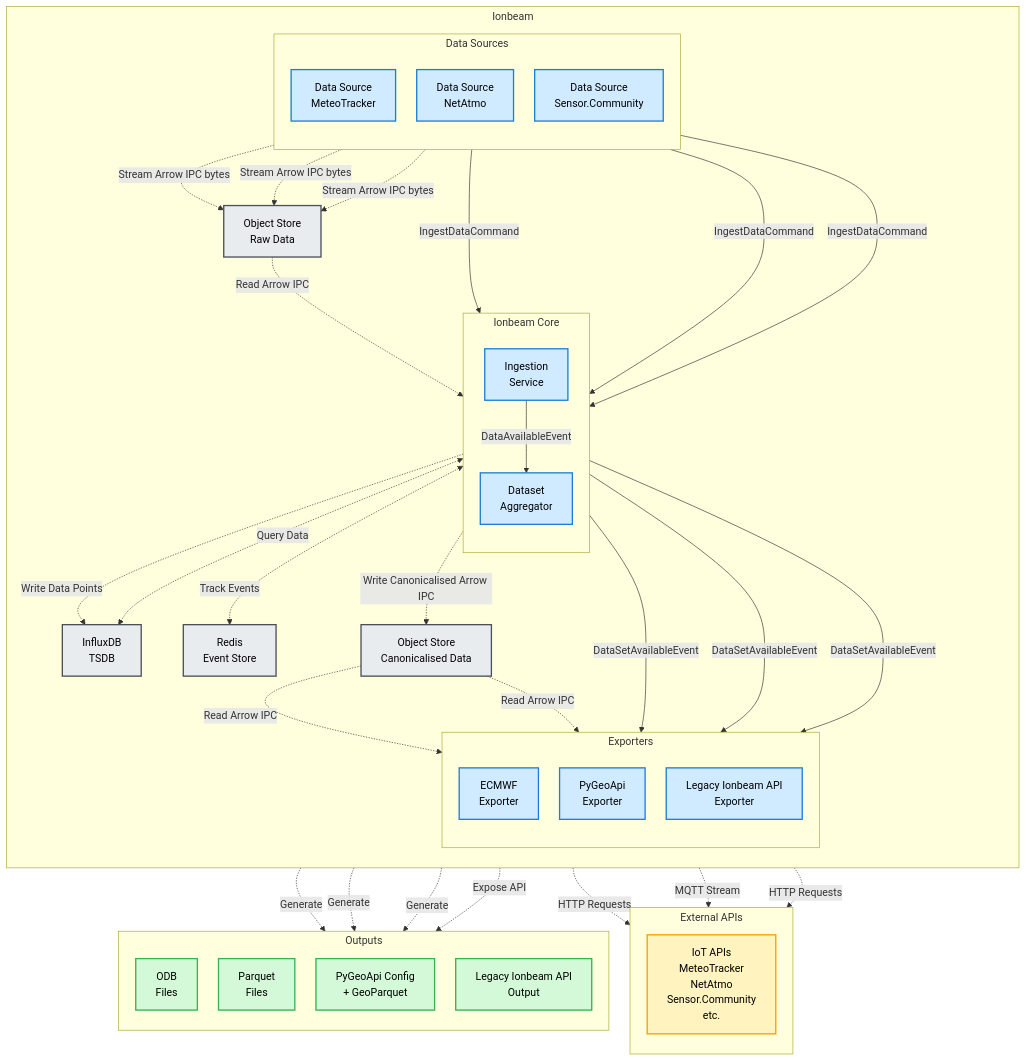
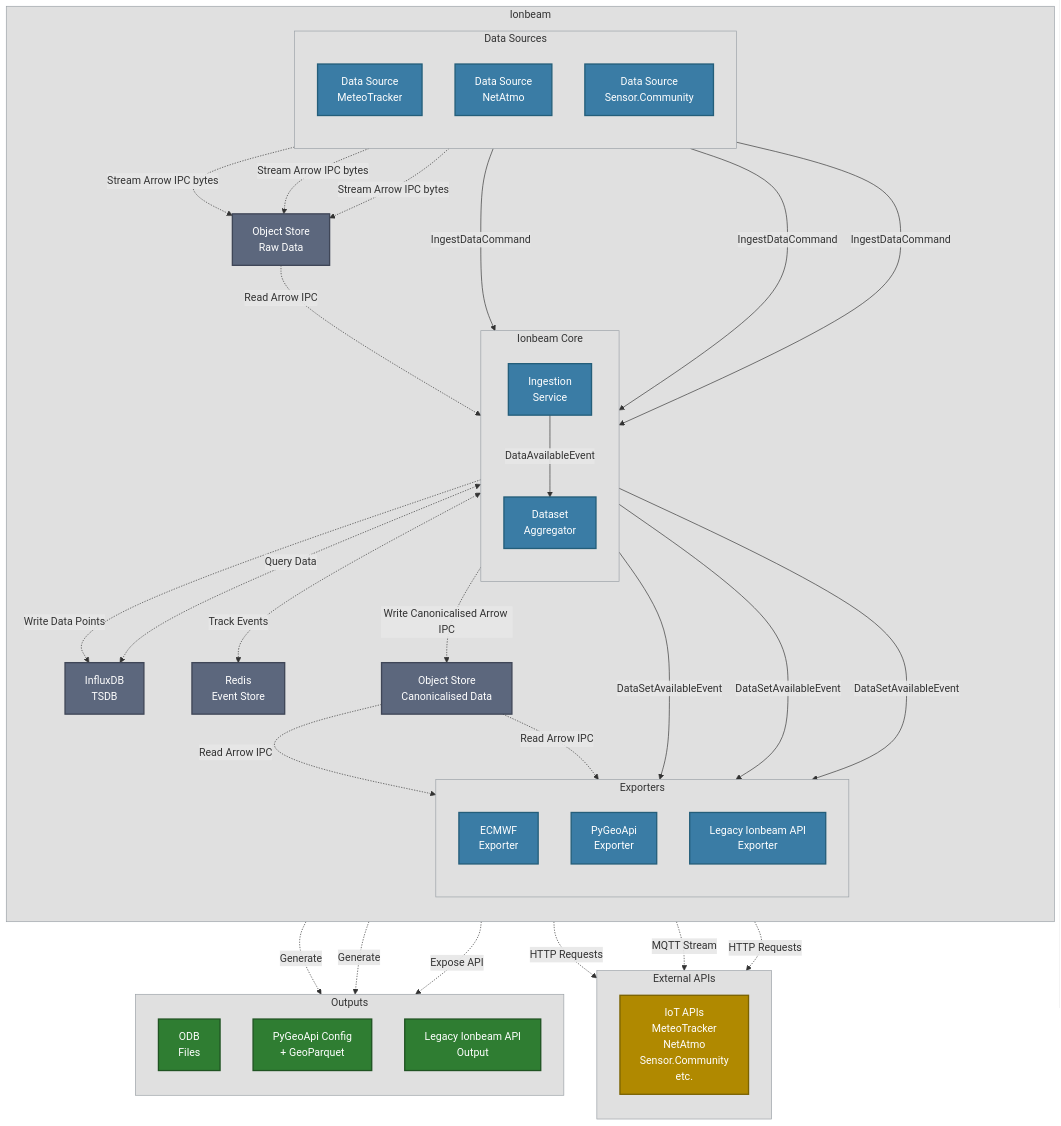
Before and after one commit to ecmwf/IonBeam: the diagram in docs/architecture-diagram.mmd, drawn with Mermaid.

```diff
--- a/docs/architecture-diagram.mmd
+++ b/docs/architecture-diagram.mmd
@@ -1,110 +1,99 @@
-%%{init: {
-  "flowchart": {
-    "diagramPadding": 16,
-    "nodeSpacing": 32,
-    "rankSpacing": 36,
-    "htmlLabels": true,
-    "titleTopMargin": 16,
-    "subGraphTitleMargin": { "top": 3, "bottom": 8 }
-  },
-  "themeVariables": { "fontSize": "16px" }
-}}%%
 flowchart TB
 
 %% ---------------- External APIs ----------------
 subgraph EXT[External APIs]
   direction TB
   EXTNODE["IoT APIs<br/>MeteoTracker<br/>NetAtmo<br/>Sensor.Community<br/>etc."]
 end
 
 %% ---------------- Ionbeam Core ----------------
 subgraph CORE[Ionbeam]
   direction TB
 
   %% Data Sources
   subgraph SOURCES[Data Sources]
     direction TB
     METEO["Data Source<br/>MeteoTracker"]
     NETATMO["Data Source<br/>NetAtmo"]
     SCOMM["Data Source<br/>Sensor.Community"]
   end
 
   %% Ionbeam Core Services
   subgraph PIPELINE[Ionbeam Core]
     direction TB
     ING["Ingestion<br/>Service"]
     AGG["Dataset<br/>Aggregator"]
   end
 
   %% Exporters
   subgraph EXPORTERS[Exporters]
     direction TB
     ODB["ECMWF<br/>Exporter"]
     PYGEO["PyGeoApi<br/>Exporter"]
     LEGACY["Legacy Ionbeam API<br/>Exporter"]
   end
 
   %% Storage
   FILES["Object Store<br/>Raw Data"]
   CANFILES["Object Store<br/>Canonicalised Data"]
   INFLUX["InfluxDB<br/>TSDB"]
   REDIS["Redis<br/>Event Store"]
 
 end
 
 %% ---------------- Outputs ----------------
 subgraph OUTPUTS[Outputs]
   direction TB
   ODBF["ODB<br/>Files"]
-  PARQUET["Parquet<br/>Files"]
   PYGEOF["PyGeoApi Config<br/>+ GeoParquet"]
   LEGACYF["Legacy Ionbeam API<br/>Output"]
 end
 
 %% ---------------- Connections ----------------
-%% External to Sources
 METEO -.->|HTTP Requests| EXTNODE
 NETATMO -.->|MQTT Stream| EXTNODE
 SCOMM -.->|HTTP Requests| EXTNODE
 
-%% Sources to Ingestion
 METEO -->|IngestDataCommand| ING
 NETATMO -->|IngestDataCommand| ING
 SCOMM -->|IngestDataCommand| ING
 
-%% Raw Data Flow
 METEO -.->|Stream Arrow IPC bytes| FILES
 NETATMO -.->|Stream Arrow IPC bytes| FILES
 SCOMM -.->|Stream Arrow IPC bytes| FILES
 FILES -.->|Read Arrow IPC| ING
 ING -.->|Write Data Points| INFLUX
 
-%% Events
 ING -->|DataAvailableEvent| AGG
 AGG -->|DataSetAvailableEvent| ODB
 AGG -->|DataSetAvailableEvent| PYGEO
 AGG -->|DataSetAvailableEvent| LEGACY
 
-%% Other Data Usage
 AGG <-.->|Query Data| INFLUX
 AGG <-.->|Track Events| REDIS
 AGG -.->|Write Canonicalised Arrow IPC| CANFILES
 CANFILES -.->|Read Arrow IPC| ODB
 CANFILES -.->|Read Arrow IPC| PYGEO
 
-%% Outputs
 ODB -.->|Generate| ODBF
-ODB -.->|Generate| PARQUET
 PYGEO -.->|Generate| PYGEOF
 LEGACY -.->|Expose API| LEGACYF
 
 %% ---------------- Styling ----------------
-classDef service fill:#d0ebff,stroke:#1c7ed6,stroke-width:2px,color:#000
-classDef storage fill:#e9ecef,stroke:#495057,stroke-width:2px,color:#000
-classDef external fill:#fff3bf,stroke:#f59f00,stroke-width:2px,color:#000
-classDef output fill:#d3f9d8,stroke:#37b24d,stroke-width:2px,color:#000
+classDef service fill:#3A7CA5,stroke:#245E7A,stroke-width:2px,color:#FFFFFF;
+classDef storage fill:#5C677D,stroke:#3F4657,stroke-width:2px,color:#FFFFFF;
+classDef external fill:#B08900,stroke:#7A6200,stroke-width:2px,color:#FFFFFF;
+classDef output fill:#2F7D32,stroke:#1F5322,stroke-width:2px,color:#FFFFFF;
 
 class METEO,NETATMO,SCOMM,ING,AGG,ODB,PYGEO,LEGACY service
 class INFLUX,REDIS,FILES,CANFILES storage
 class EXTNODE external
-class PARQUET,ODBF,PYGEOF,LEGACYF output
+class ODBF,PYGEOF,LEGACYF output
+
+%% Subgraph styling (neutral, theme-agnostic)
+style EXT fill:#E0E0E0,stroke:#9AA0A6,stroke-width:1px
+style CORE fill:#E0E0E0,stroke:#9AA0A6,stroke-width:1px
+style SOURCES fill:#E0E0E0,stroke:#9AA0A6,stroke-width:1px
+style PIPELINE fill:#E0E0E0,stroke:#9AA0A6,stroke-width:1px
+style EXPORTERS fill:#E0E0E0,stroke:#9AA0A6,stroke-width:1px
+style OUTPUTS fill:#E0E0E0,stroke:#9AA0A6,stroke-width:1px
```
